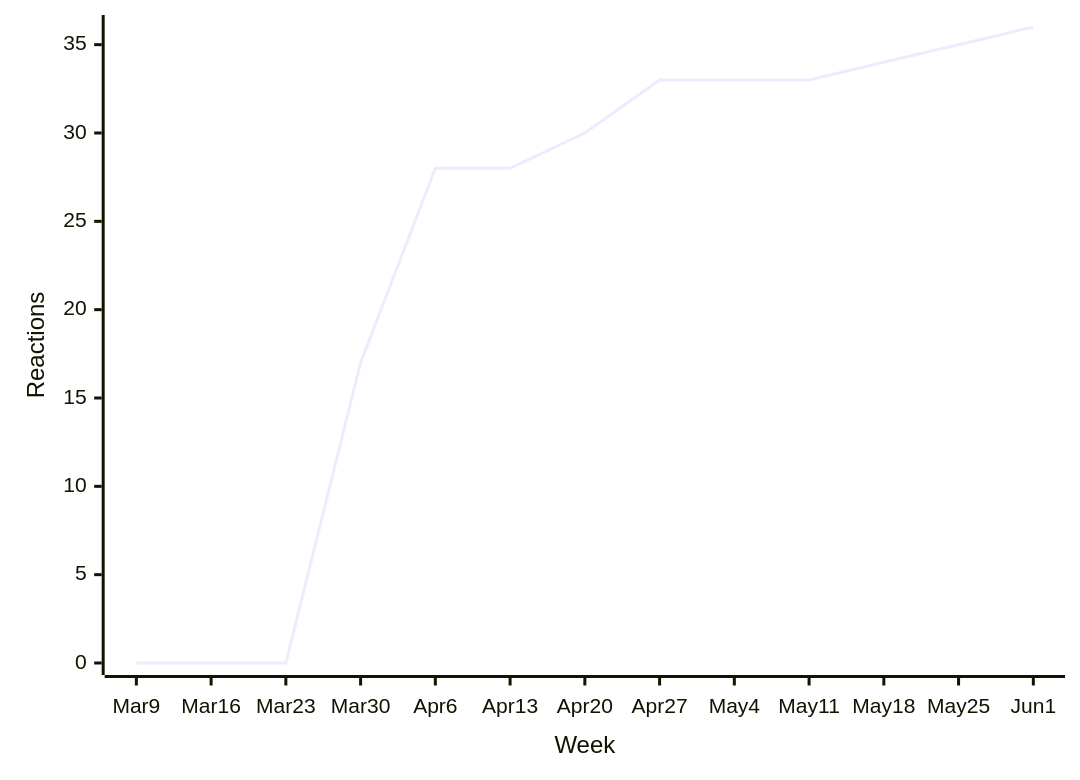
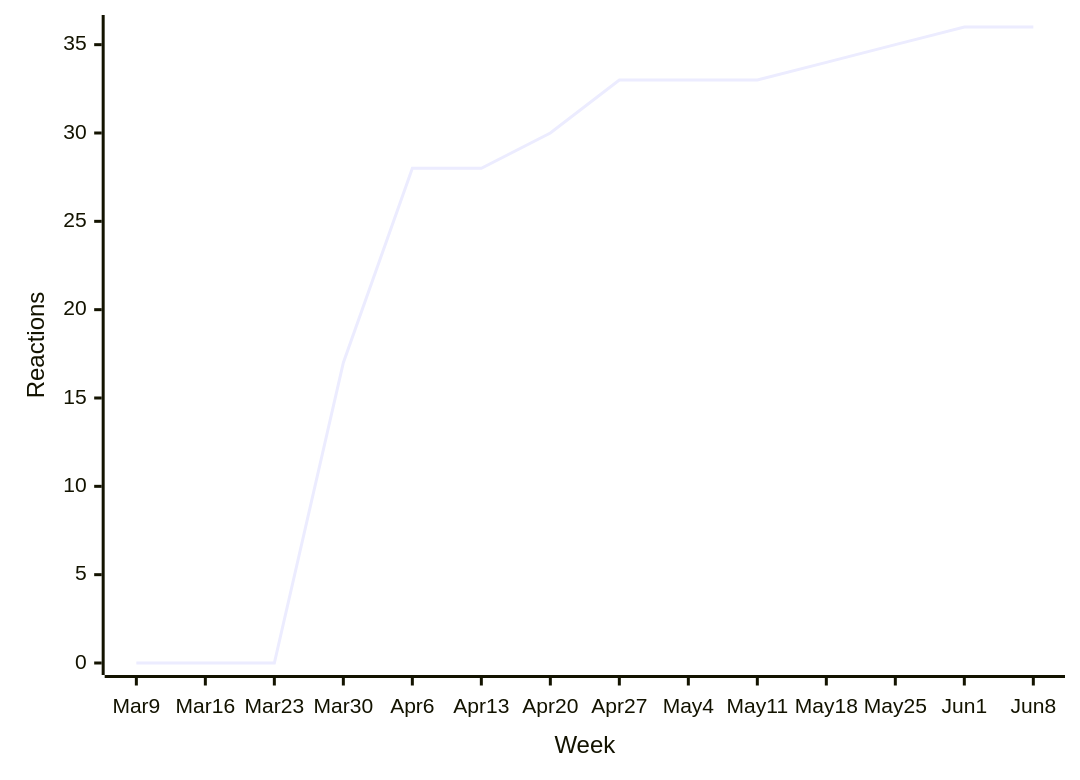
One commit to loic-sharma/github-insights changed the first of 44 diagrams in README.md. Above: the diagram before and after it, drawn with Mermaid. The commit also changed other lines of this file and 3 other files, not shown here.

````diff
--- a/README.md
+++ b/README.md
@@ -339,6 +339,6 @@
   ```mermaid
   xychart-beta
-    x-axis "Week" [Mar 9, Mar 16, Mar 23, Mar 30, Apr 6, Apr 13, Apr 20, Apr 27, May 4, May 11, May 18, May 25, Jun 1]
+    x-axis "Week" [Mar 9, Mar 16, Mar 23, Mar 30, Apr 6, Apr 13, Apr 20, Apr 27, May 4, May 11, May 18, May 25, Jun 1, Jun 8]
     y-axis "Reactions"
-    line [0, 0, 0, 17, 28, 28, 30, 33, 33, 33, 34, 35, 36]
+    line [0, 0, 0, 17, 28, 28, 30, 33, 33, 33, 34, 35, 36, 36]
   ```
````
